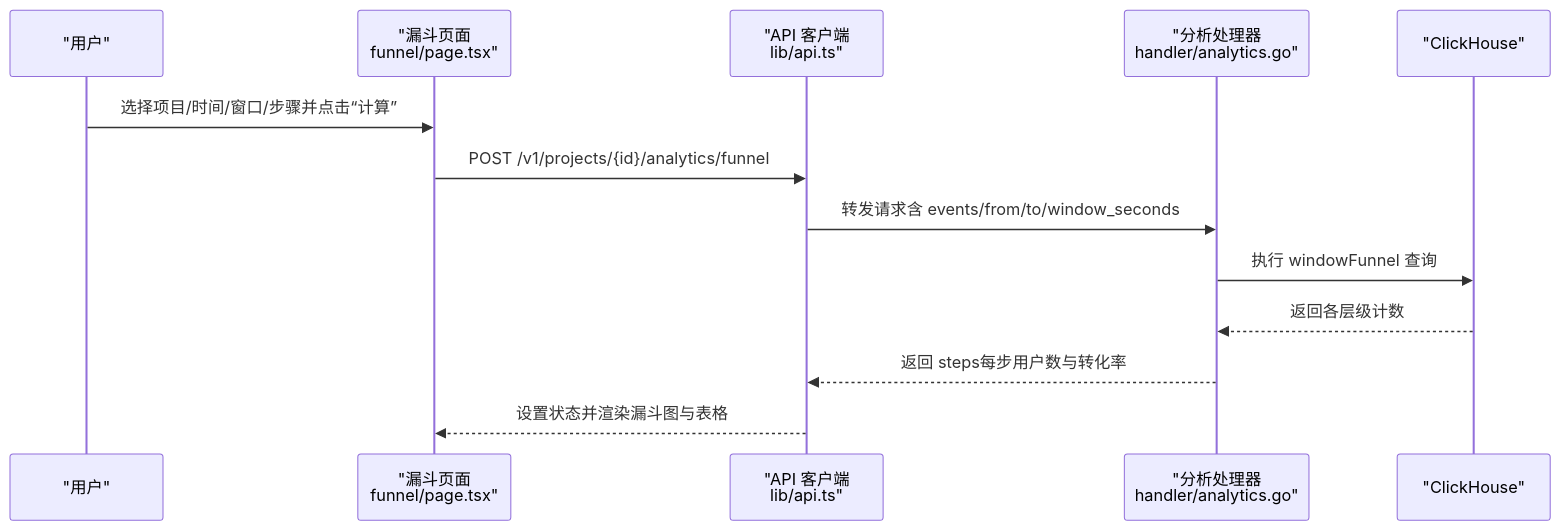
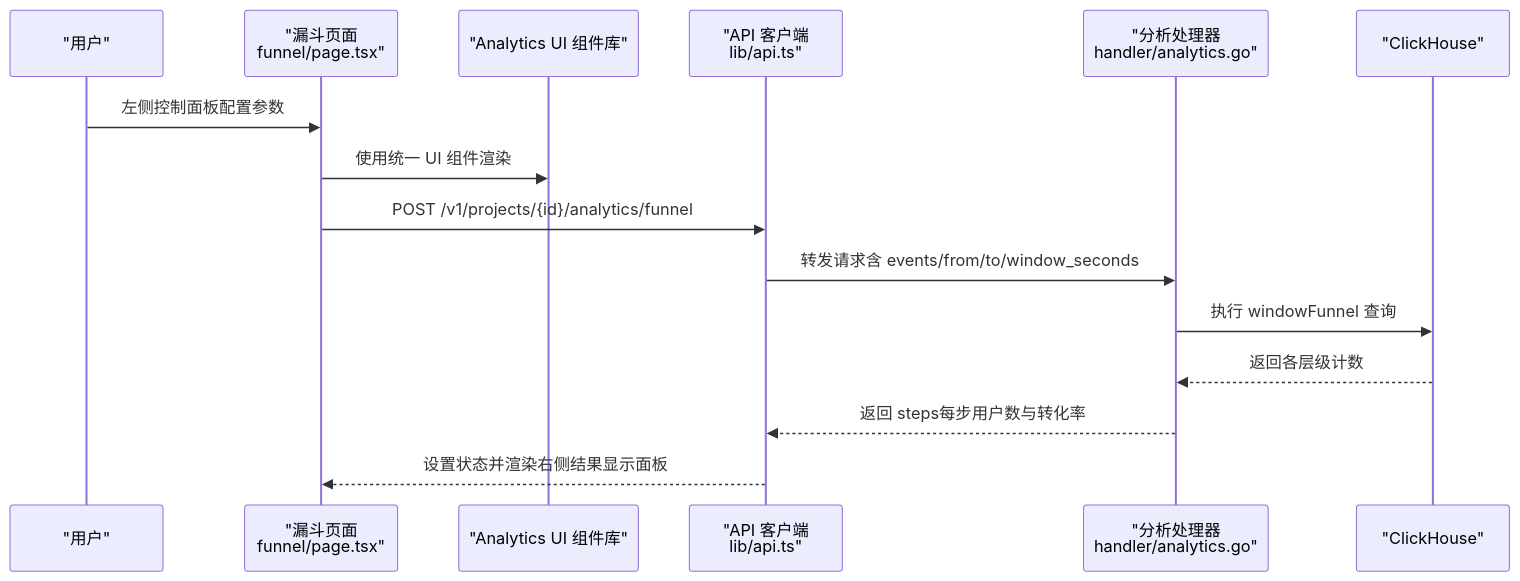
Before and after one commit to zhen-zhong/AeroLog: the second of 6 diagrams in .qoder/repowiki/zh/content/Web控制台/漏斗分析功能.md, drawn with Mermaid. The commit also changed other lines of this file and 26 other files, not shown here.

````diff
--- a/.qoder/repowiki/zh/content/Web控制台/漏斗分析功能.md
+++ b/.qoder/repowiki/zh/content/Web控制台/漏斗分析功能.md
@@ -76,15 +92,17 @@
 ```mermaid
 sequenceDiagram
 participant U as "用户"
 participant P as "漏斗页面<br/>funnel/page.tsx"
+participant UI as "Analytics UI 组件库"
 participant C as "API 客户端<br/>lib/api.ts"
 participant H as "分析处理器<br/>handler/analytics.go"
 participant CH as "ClickHouse"
-U->>P : 选择项目/时间/窗口/步骤并点击“计算”
+U->>P : 左侧控制面板配置参数
+P->>UI : 使用统一 UI 组件渲染
 P->>C : POST /v1/projects/{id}/analytics/funnel
 C->>H : 转发请求含 events/from/to/window_seconds
 H->>CH : 执行 windowFunnel 查询
 CH-->>H : 返回各层级计数
 H-->>C : 返回 steps每步用户数与转化率
-C-->>P : 设置状态并渲染漏斗图与表格
+C-->>P : 设置状态并渲染右侧结果显示面板
 ```
````
